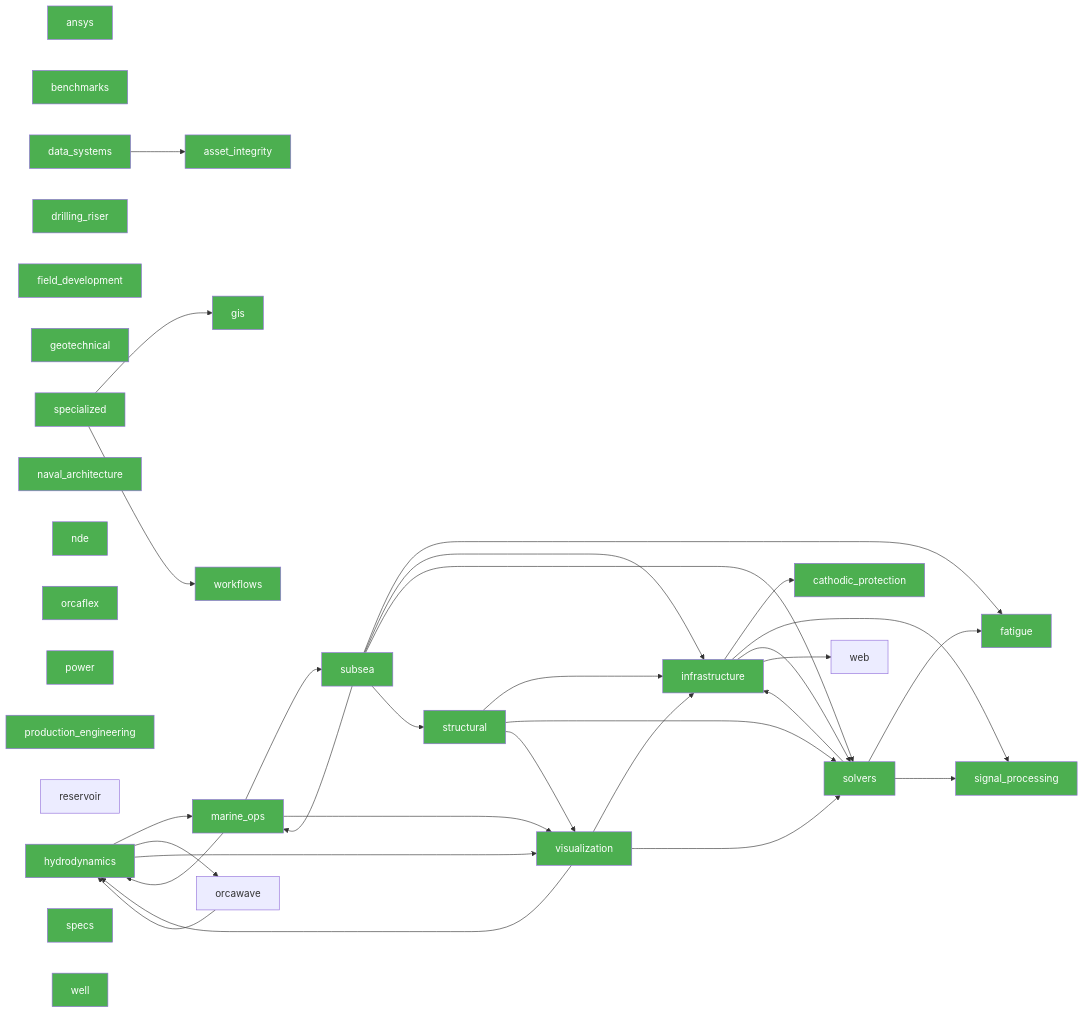
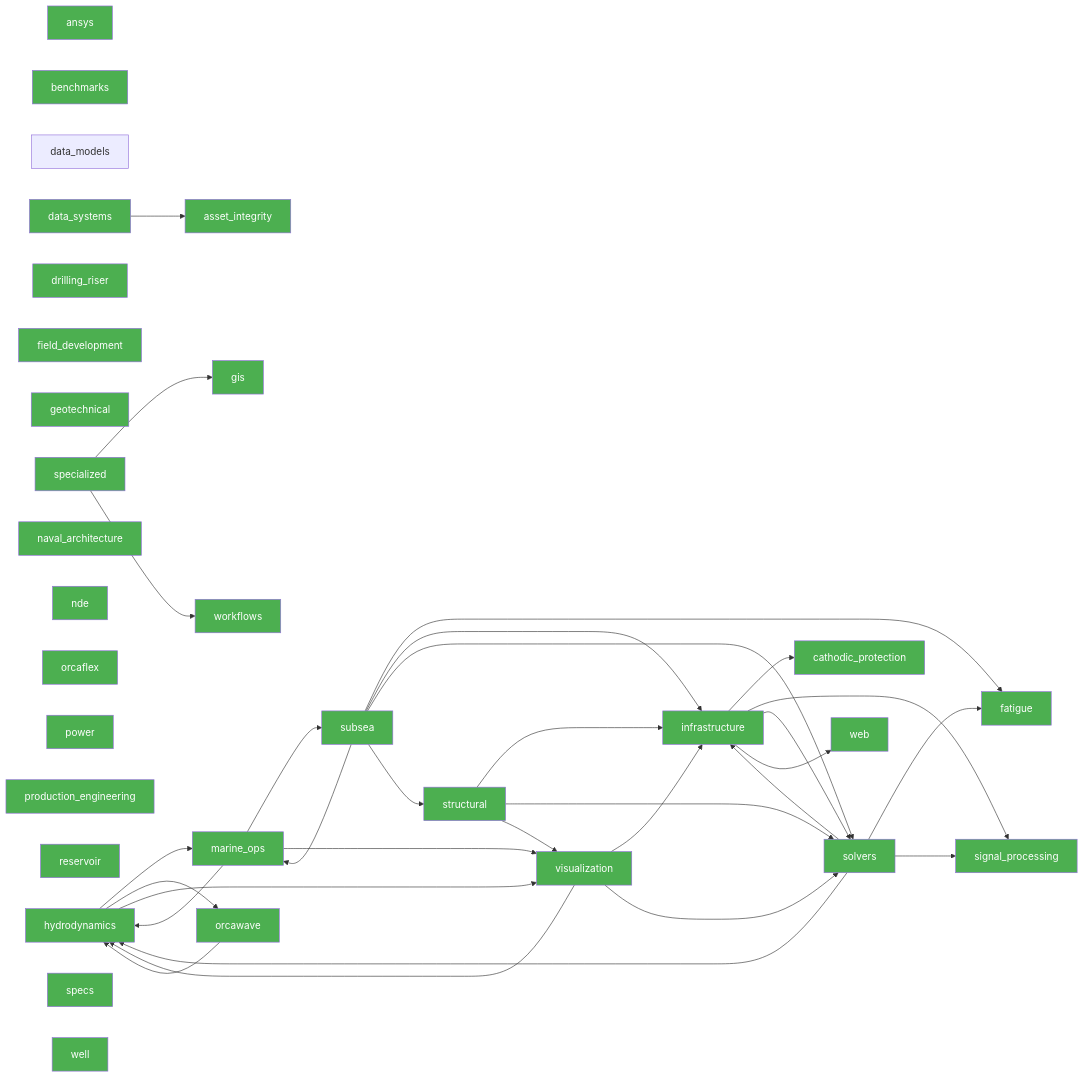
One commit to vamseeachanta/workspace-hub changed the diagram in docs/architecture/api-surface-map.md. Above: the diagram before and after it, drawn with Mermaid. The commit also changed other lines of this file and 1 other file, not shown here.

Commit message:
docs(arch): regenerate API surface map — 31 packages after data_models fix (#1626)

```diff
--- a/docs/architecture/api-surface-map.md
+++ b/docs/architecture/api-surface-map.md
@@ -214,6 +215,7 @@
     style benchmarks fill:#4CAF50,color:#fff
     cathodic_protection["cathodic_protection"]
     style cathodic_protection fill:#4CAF50,color:#fff
+    data_models["data_models"]
     data_systems["data_systems"]
     style data_systems fill:#4CAF50,color:#fff
     drilling_riser["drilling_riser"]
@@ -239,11 +241,13 @@
     orcaflex["orcaflex"]
     style orcaflex fill:#4CAF50,color:#fff
     orcawave["orcawave"]
+    style orcawave fill:#4CAF50,color:#fff
     power["power"]
     style power fill:#4CAF50,color:#fff
     production_engineering["production_engineering"]
     style production_engineering fill:#4CAF50,color:#fff
     reservoir["reservoir"]
+    style reservoir fill:#4CAF50,color:#fff
     signal_processing["signal_processing"]
     style signal_processing fill:#4CAF50,color:#fff
     solvers["solvers"]
@@ -259,6 +263,7 @@
     visualization["visualization"]
     style visualization fill:#4CAF50,color:#fff
     web["web"]
+    style web fill:#4CAF50,color:#fff
     well["well"]
     style well fill:#4CAF50,color:#fff
     workflows["workflows"]
@@ -276,6 +281,7 @@
     marine_ops --> visualization
     orcawave --> hydrodynamics
     solvers --> fatigue
+    solvers --> hydrodynamics
     solvers --> infrastructure
     solvers --> signal_processing
     specialized --> gis
```
